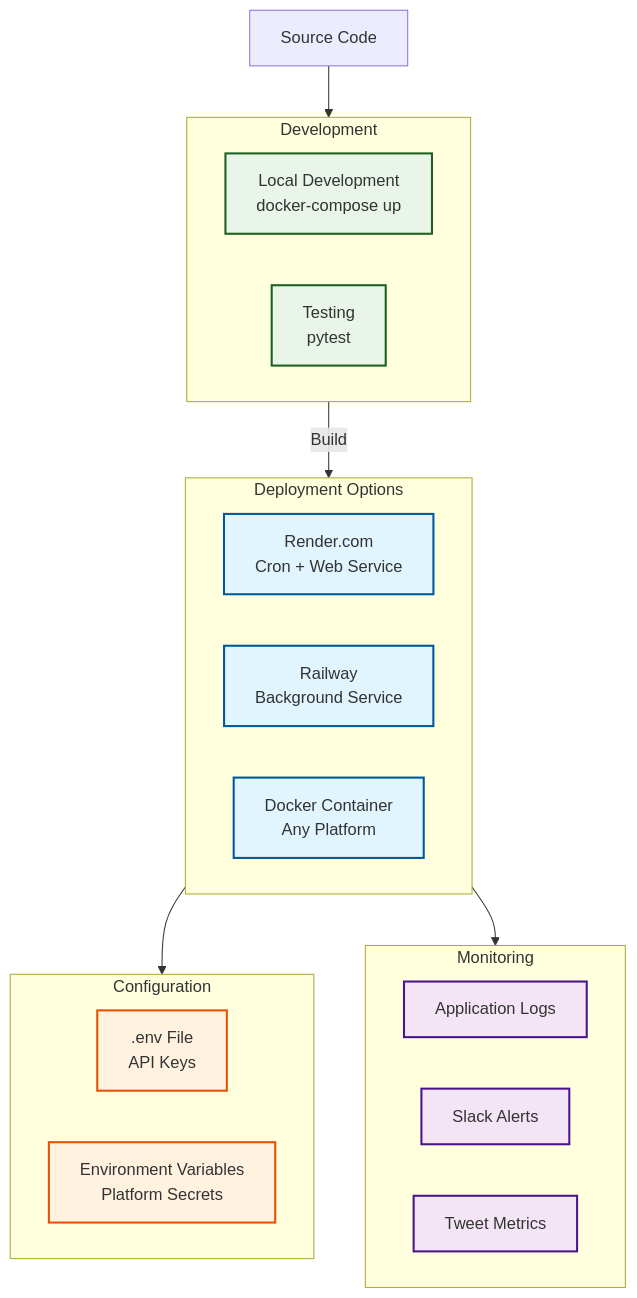
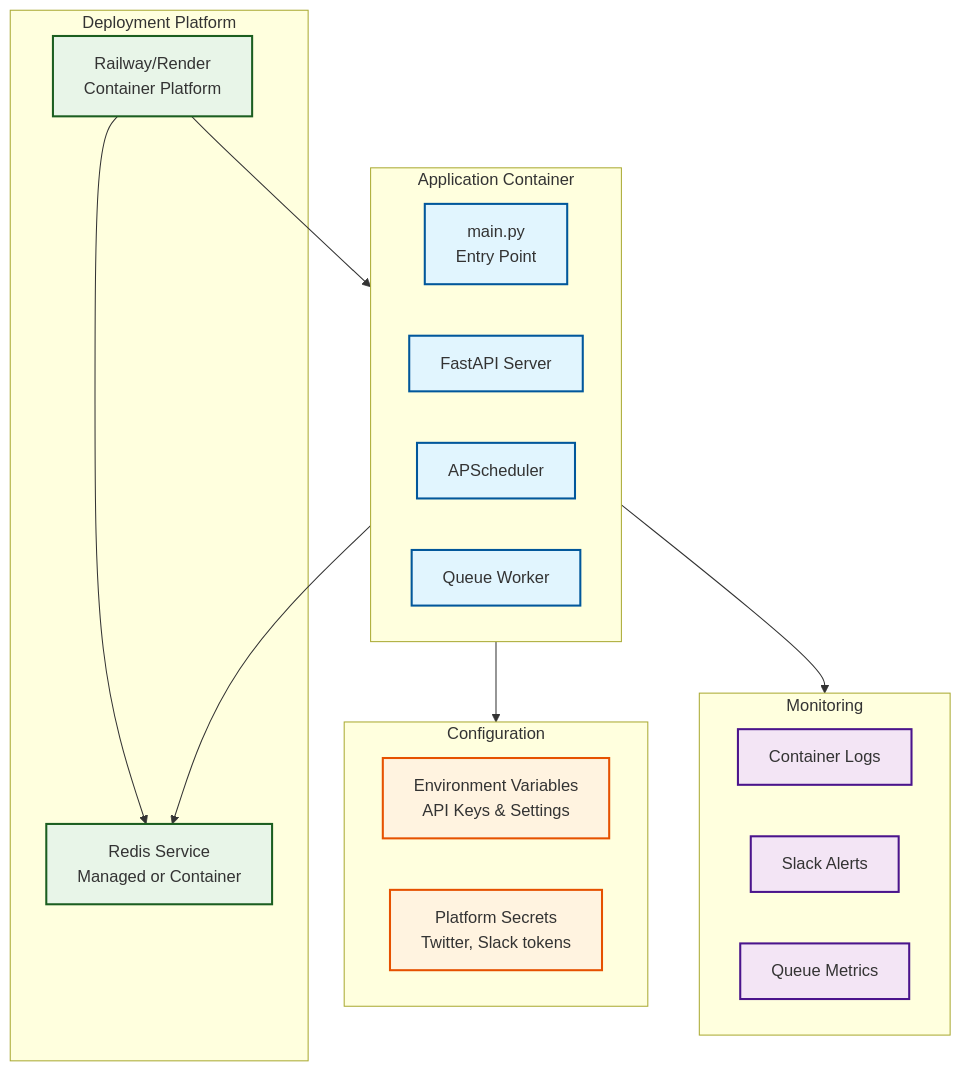
Before and after one commit to hypexbt/hypexbt: the fourth of 4 diagrams in docs/arch.md, drawn with Mermaid. The commit also changed other lines of this file and 1 other file, not shown here.

Commit message:
docs: update architecture to single container + Redis queue - Updated README.md and arch.md to reflect single-container architecture with Redis queue processing, background jobs, and future scaling path

````diff
--- a/docs/arch.md
+++ b/docs/arch.md
@@ -161,41 +380,41 @@
 ```mermaid
 graph TB
-    subgraph DEV [Development]
-        LOCAL[Local Development<br/>docker-compose up]
-        TEST[Testing<br/>pytest]
+    subgraph DEPLOY [Deployment Platform]
+        RAILWAY[Railway/Render<br/>Container Platform]
+        REDIS_SERVICE[Redis Service<br/>Managed or Container]
     end
 
-    subgraph DEPLOY [Deployment Options]
-        RENDER[Render.com<br/>Cron + Web Service]
-        RAILWAY[Railway<br/>Background Service]
-        DOCKER[Docker Container<br/>Any Platform]
+    subgraph APP [Application Container]
+        MAIN[main.py<br/>Entry Point]
+        API[FastAPI Server]
+        SCHEDULER[APScheduler]
+        WORKER[Queue Worker]
     end
 
-    CODE[Source Code] --> DEV
-    DEV --> |Build| DEPLOY
-
     subgraph CONFIG [Configuration]
-        ENV[.env File<br/>API Keys]
-        SECRETS[Environment Variables<br/>Platform Secrets]
+        ENV[Environment Variables<br/>API Keys & Settings]
+        SECRETS[Platform Secrets<br/>Twitter, Slack tokens]
     end
 
-    DEPLOY --> CONFIG
-
     subgraph MONITOR [Monitoring]
-        LOGS[Application Logs]
+        LOGS[Container Logs]
         SLACK[Slack Alerts]
-        METRICS[Tweet Metrics]
+        METRICS[Queue Metrics]
     end
 
-    DEPLOY --> MONITOR
+    RAILWAY --> APP
+    RAILWAY --> REDIS_SERVICE
+    APP --> REDIS_SERVICE
+    APP --> CONFIG
+    APP --> MONITOR
 
-    classDef dev fill:#e8f5e8,stroke:#1b5e20,stroke-width:2px
-    classDef deploy fill:#e1f5fe,stroke:#01579b,stroke-width:2px
+    classDef deploy fill:#e8f5e8,stroke:#1b5e20,stroke-width:2px
+    classDef app fill:#e1f5fe,stroke:#01579b,stroke-width:2px
     classDef config fill:#fff3e0,stroke:#e65100,stroke-width:2px
     classDef monitor fill:#f3e5f5,stroke:#4a148c,stroke-width:2px
 
-    class LOCAL,TEST dev
-    class RENDER,RAILWAY,DOCKER deploy
+    class RAILWAY,REDIS_SERVICE deploy
+    class MAIN,API,SCHEDULER,WORKER app
     class ENV,SECRETS config
     class LOGS,SLACK,METRICS monitor
 ```
````
